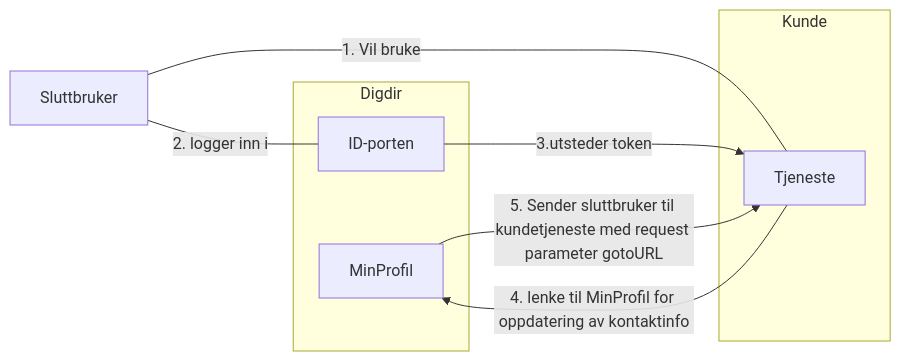
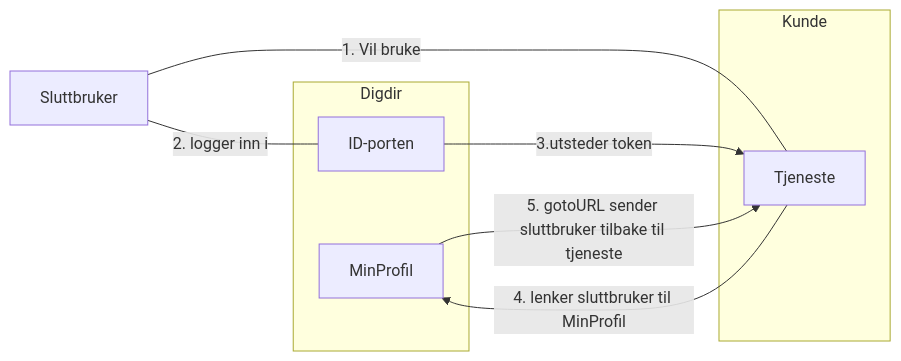
Before and after one commit to felleslosninger/docs: the third of 3 diagrams in _docs/Kontaktregisteret/krr_arkitektur.md, drawn with Mermaid.

```diff
--- a/_docs/Kontaktregisteret/krr_arkitektur.md
+++ b/_docs/Kontaktregisteret/krr_arkitektur.md
@@ -58,17 +58,17 @@
  <div class="mermaid">
  graph LR
    subgraph Digdir
      MinProfil[MinProfil]
    end
    subgraph Digdir
      OIDC[ID-porten]
    end
    subgraph Kunde
       ny[Tjeneste]
    end
    Sluttbruker ---|1. Vil bruke|ny
    OIDC -->|3.utsteder token|ny
    Sluttbruker ---|2. logger inn i  |OIDC
-   ny -->|4. lenke til MinProfil for oppdatering av kontaktinfo |MinProfil
-   MinProfil -->|5. Sender sluttbruker til kundetjeneste med request parameter gotoURL |ny
+   ny -->|4. lenker sluttbruker til MinProfil|MinProfil
+   MinProfil -->|5. gotoURL sender sluttbruker tilbake til tjeneste |ny
  </div>
```
